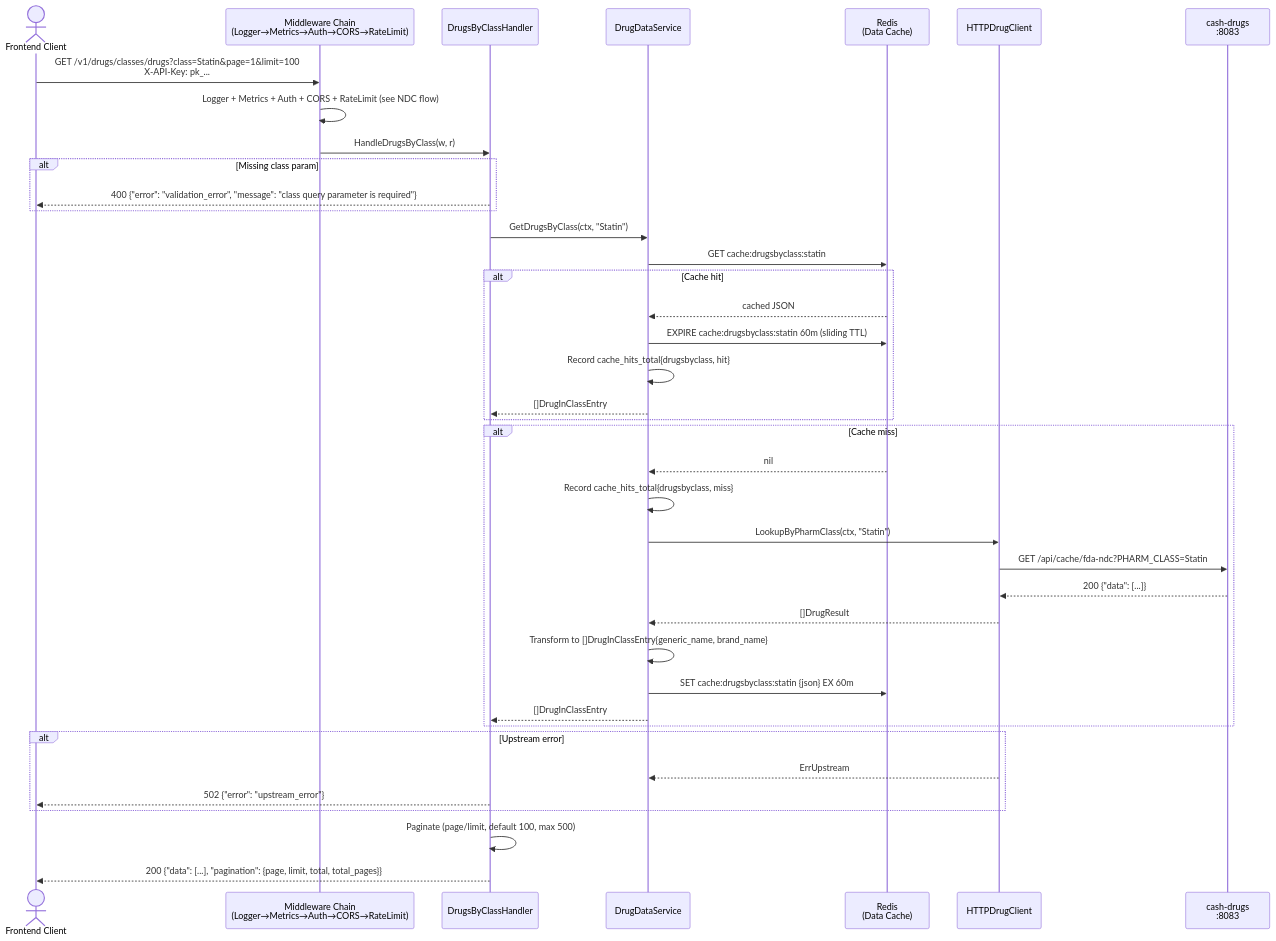
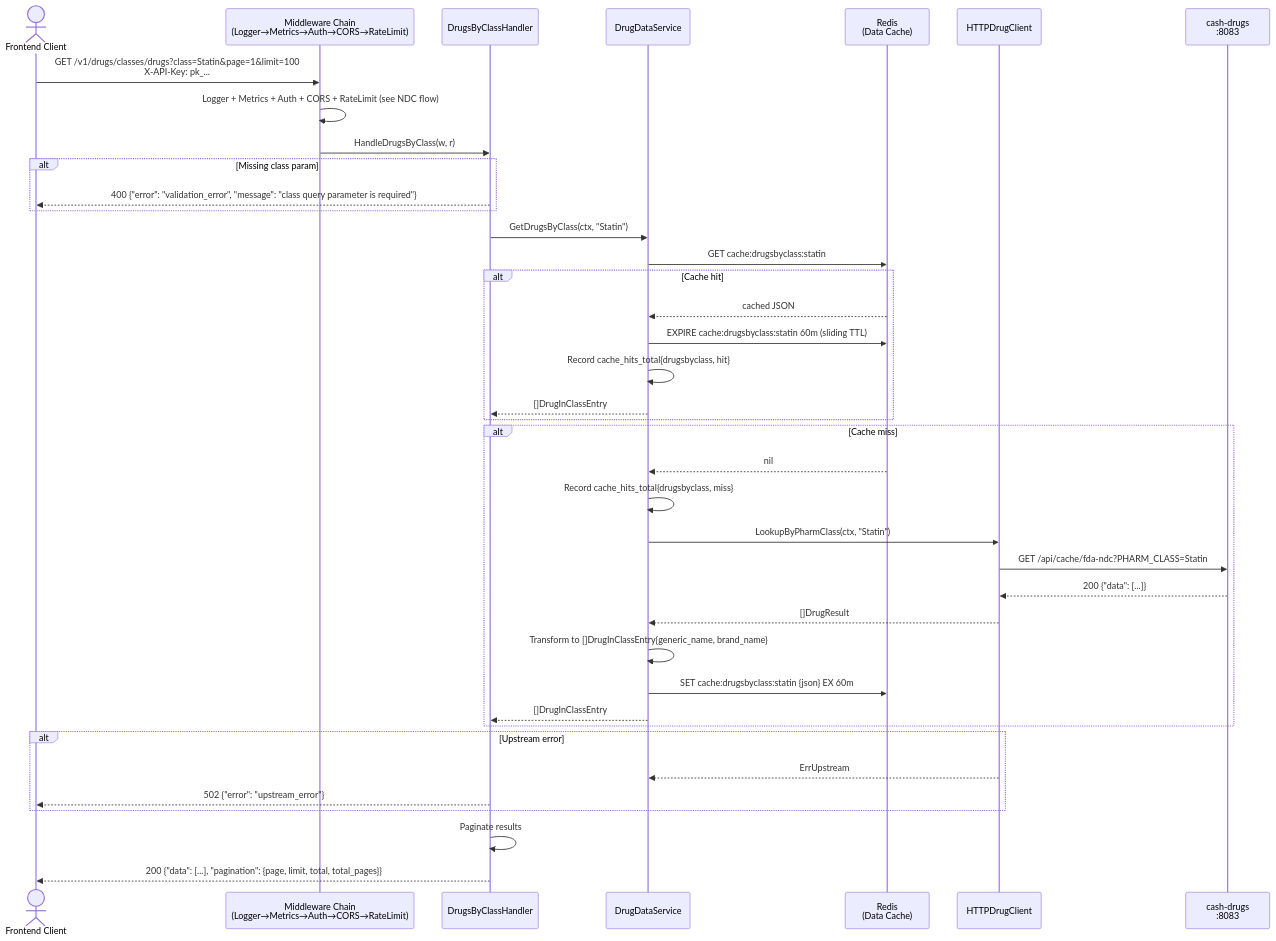
One commit to finish06/drug-gate changed the ninth of 12 diagrams in docs/sequence-diagram.md. Above: the diagram before and after it, drawn with Mermaid. The commit also changed other lines of this file, not shown here.

First line of the commit message:
fix: simplify Mermaid diagram labels to fix GitHub rendering

````diff
--- a/docs/sequence-diagram.md
+++ b/docs/sequence-diagram.md
@@ -415,48 +415,48 @@
 ```mermaid
 sequenceDiagram
     actor Client as Frontend Client
     participant MW as Middleware Chain<br/>(Logger→Metrics→Auth→CORS→RateLimit)
     participant DBH as DrugsByClassHandler
     participant SVC as DrugDataService
     participant RDS as Redis<br/>(Data Cache)
     participant DC as HTTPDrugClient
     participant CD as cash-drugs<br/>:8083
 
     Client->>MW: GET /v1/drugs/classes/drugs?class=Statin&page=1&limit=100<br/>X-API-Key: pk_...
     MW->>MW: Logger + Metrics + Auth + CORS + RateLimit (see NDC flow)
     MW->>DBH: HandleDrugsByClass(w, r)
 
     alt Missing class param
         DBH-->>Client: 400 {"error": "validation_error", "message": "class query parameter is required"}
     end
 
     DBH->>SVC: GetDrugsByClass(ctx, "Statin")
     SVC->>RDS: GET cache:drugsbyclass:statin
 
     alt Cache hit
         RDS-->>SVC: cached JSON
         SVC->>RDS: EXPIRE cache:drugsbyclass:statin 60m (sliding TTL)
         SVC->>SVC: Record cache_hits_total{drugsbyclass, hit}
         SVC-->>DBH: []DrugInClassEntry
     end
 
     alt Cache miss
         RDS-->>SVC: nil
         SVC->>SVC: Record cache_hits_total{drugsbyclass, miss}
         SVC->>DC: LookupByPharmClass(ctx, "Statin")
         DC->>CD: GET /api/cache/fda-ndc?PHARM_CLASS=Statin
         CD-->>DC: 200 {"data": [...]}
         DC-->>SVC: []DrugResult
         SVC->>SVC: Transform to []DrugInClassEntry{generic_name, brand_name}
         SVC->>RDS: SET cache:drugsbyclass:statin {json} EX 60m
         SVC-->>DBH: []DrugInClassEntry
     end
 
     alt Upstream error
         DC-->>SVC: ErrUpstream
         DBH-->>Client: 502 {"error": "upstream_error"}
     end
 
-    DBH->>DBH: Paginate (page/limit, default 100, max 500)
+    DBH->>DBH: Paginate results
     DBH-->>Client: 200 {"data": [...], "pagination": {page, limit, total, total_pages}}
 ```
````
